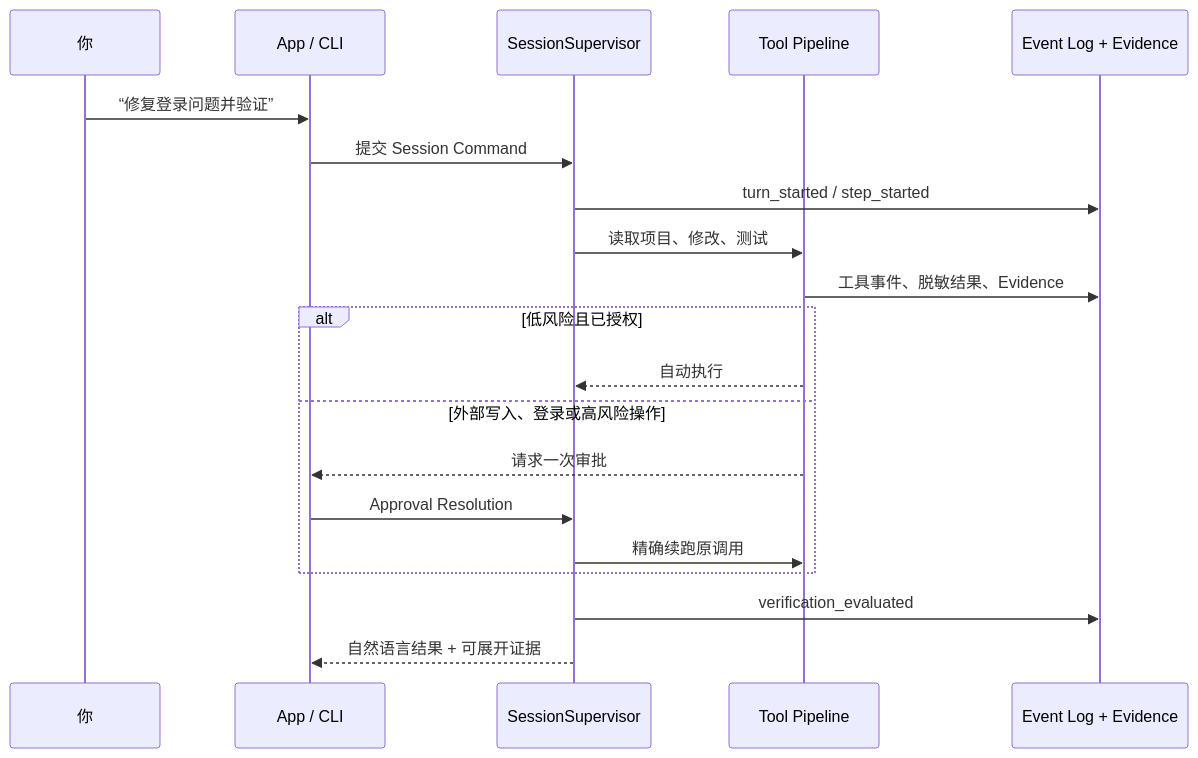
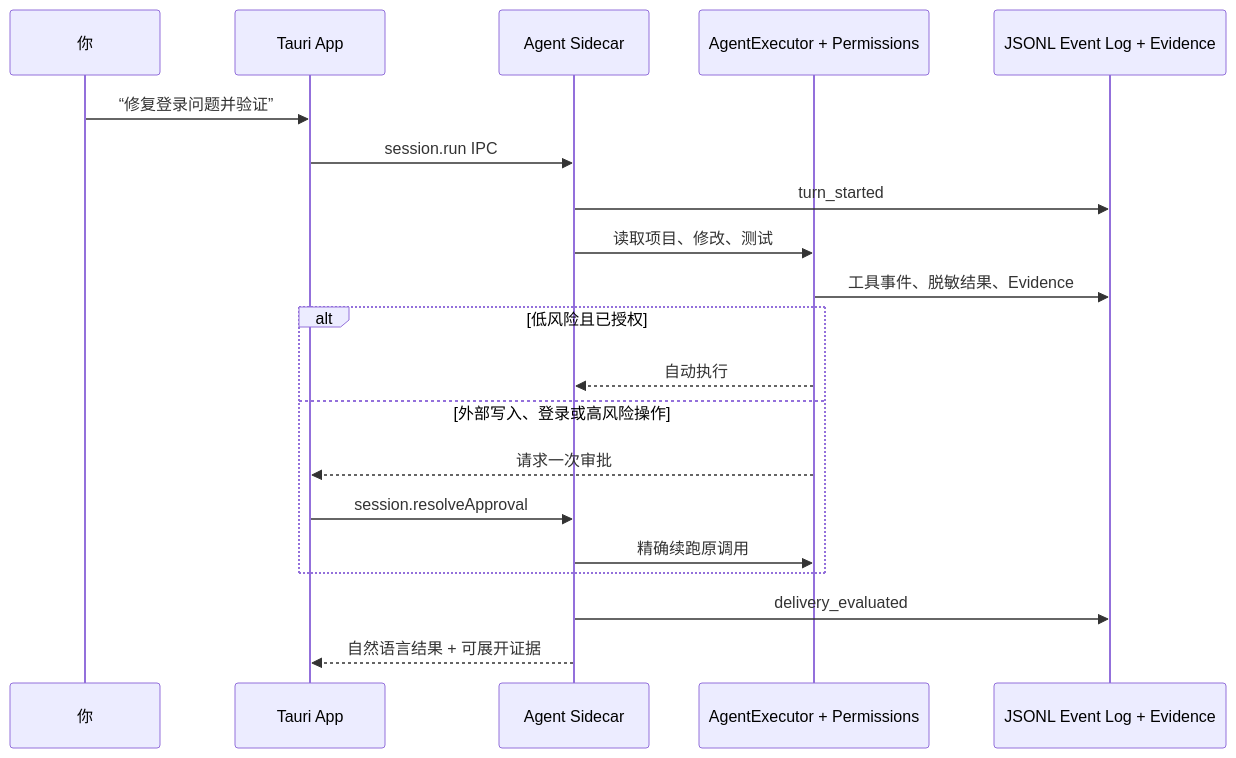
The second of 3 diagrams in README.md (shidesheng0218/deepseek-code), drawn with Mermaid before and after one commit. The commit also changed other lines of this file and 27 other files, not shown here.

````diff
--- a/README.md
+++ b/README.md
@@ -104,23 +104,23 @@
 ```mermaid
 sequenceDiagram
     participant You as 你
-    participant App as App / CLI
-    participant S as SessionSupervisor
-    participant P as Tool Pipeline
-    participant E as Event Log + Evidence
+    participant App as Tauri App
+    participant S as Agent Sidecar
+    participant P as AgentExecutor + Permissions
+    participant E as JSONL Event Log + Evidence
 
     You->>App: “修复登录问题并验证”
-    App->>S: 提交 Session Command
-    S->>E: turn_started / step_started
+    App->>S: session.run IPC
+    S->>E: turn_started
     S->>P: 读取项目、修改、测试
     P->>E: 工具事件、脱敏结果、Evidence
     alt 低风险且已授权
         P-->>S: 自动执行
     else 外部写入、登录或高风险操作
         P-->>App: 请求一次审批
-        App->>S: Approval Resolution
+        App->>S: session.resolveApproval
         S->>P: 精确续跑原调用
     end
-    S->>E: verification_evaluated
+    S->>E: delivery_evaluated
     S-->>App: 自然语言结果 + 可展开证据
 ```
````
